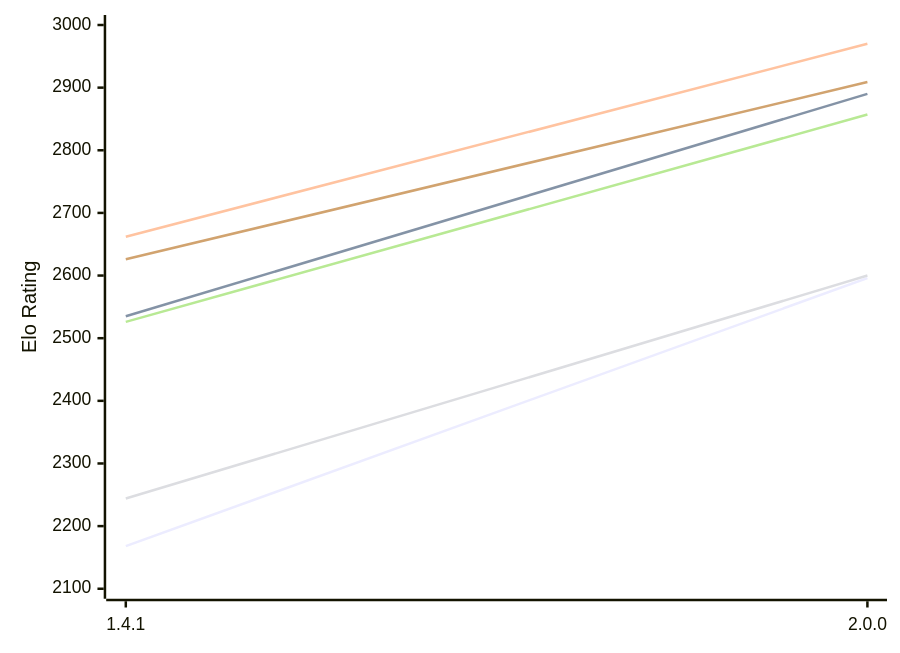
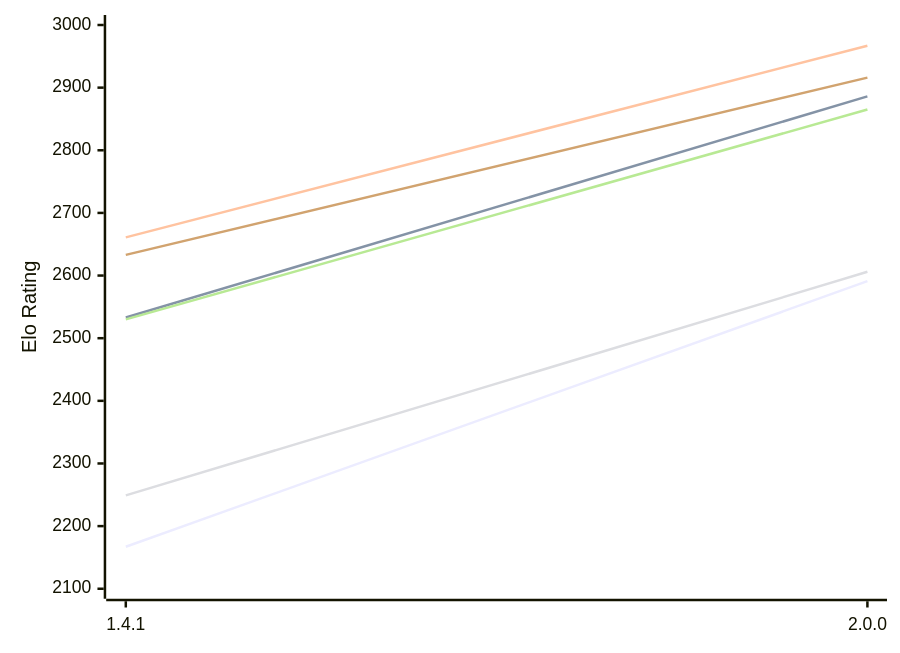
The first of 2 diagrams in engines/Chal.md (computer-chess-index/cci), drawn with Mermaid before and after one commit. The commit also changed other lines of this file, not shown here.

Commit message:
Update CCI Ratings (ELO VLTC) - 2026-11-23

````diff
--- a/engines/Chal.md
+++ b/engines/Chal.md
@@ -55,12 +55,12 @@
 ```mermaid
 %%{init: {"theme":"base","themeVariables":{"seriesColors:['#a3a3a3','#222221','#faa371']}}}%%
 xychart-beta
   x-axis ["1.4.1", "2.0.0"]
   y-axis "Elo Rating" 2100 --> 3000
-  line "E1: STC (8.0+0.08s)" [2168, 2596]
-  line "E1: LTC (60.0+0.60s)" [2535, 2890]
-  line "E1: VLTC (2m24s+1.12s)" [2662, 2970]
-  line "P1: STC (8.0+0.08s)" [2244, 2600]
-  line "P1: LTC (60.0+0.60s)" [2526, 2857]
-  line "P1: VLTC (2m24s+1.12s)" [2626, 2909]
+  line "E1: STC (8.0+0.08s)" [2167, 2591]
+  line "E1: LTC (60.0+0.60s)" [2533, 2886]
+  line "E1: VLTC (2m24s+1.12s)" [2661, 2967]
+  line "P1: STC (8.0+0.08s)" [2249, 2606]
+  line "P1: LTC (60.0+0.60s)" [2530, 2865]
+  line "P1: VLTC (2m24s+1.12s)" [2633, 2916]
 ```
````
